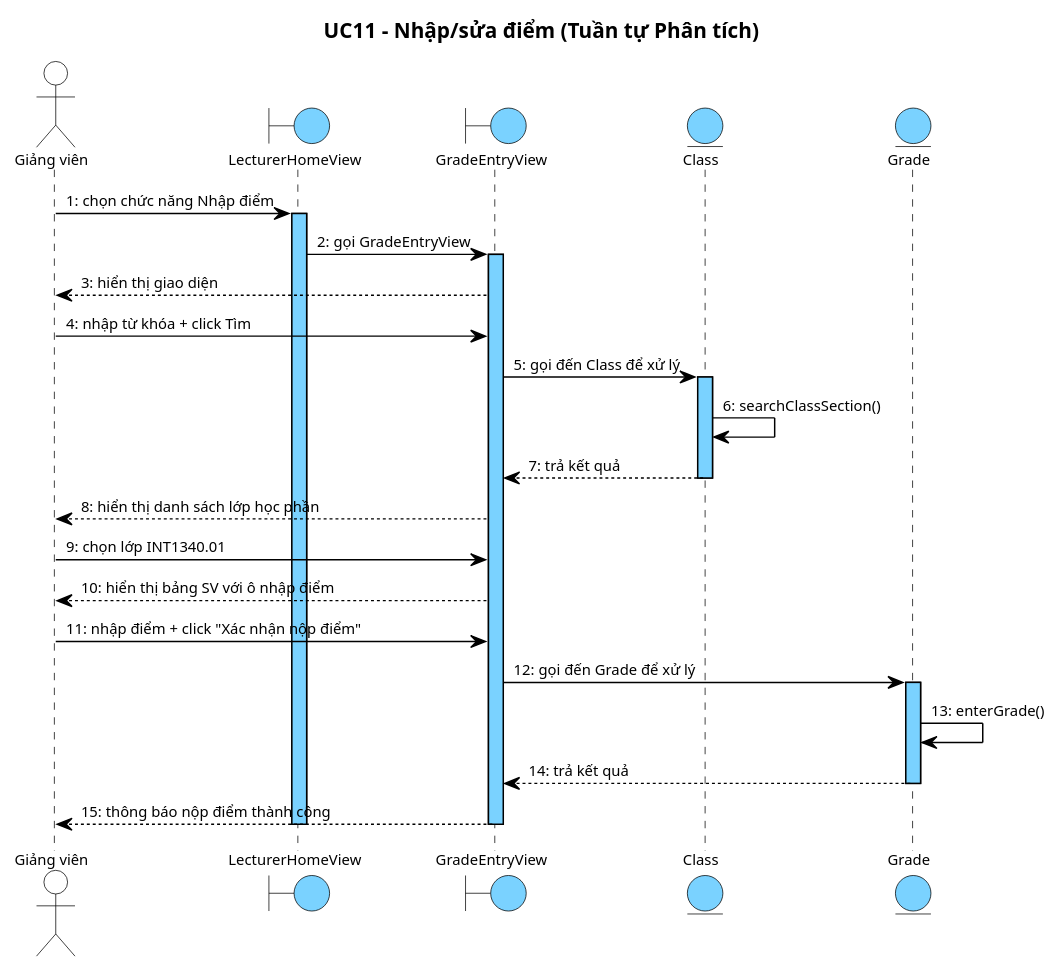
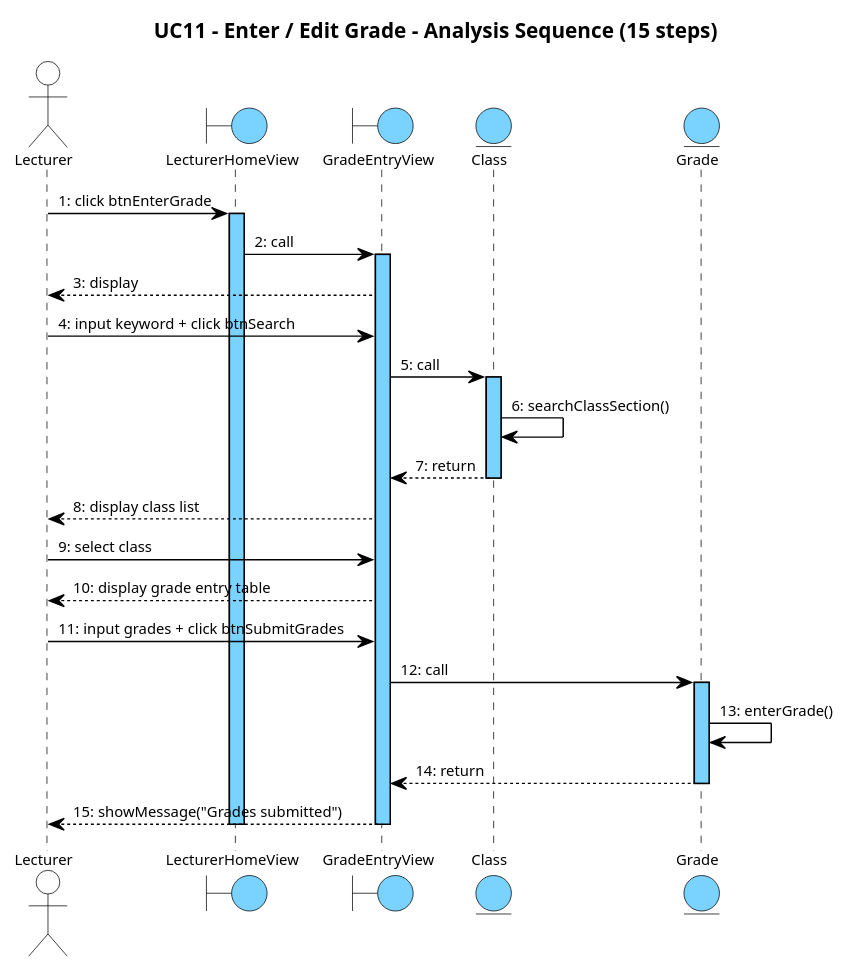
Before and after one commit to thanhtrnnn/universe: diagram 13 of 20 in report/md/module3_attendance_grades.md, drawn with PlantUML. The commit also changed other lines of this file and 27 other files, not shown here.

First line of the commit message:
feat(module3): rewrite II.4+III.4 seq diagrams per updated cnpm skill; sync skill from remote

````diff
--- a/report/md/module3_attendance_grades.md
+++ b/report/md/module3_attendance_grades.md
@@ -784,53 +879,82 @@
 ```plantuml
 @startuml
 skinparam shadowing false
 skinparam SequenceMessageAlign left
 skinparam SequenceLifeLineBackgroundColor #7AD2FF
 skinparam SequenceLifeLineBorderColor #000000
 <style>
 sequenceDiagram {
   Shadowing 0
   RoundCorner 0
   FontName "Arial"
   FontSize 10
   FontColor #000000
-  boundary { BackgroundColor #7AD2FF; LineColor #000000 }
-  entity { BackgroundColor #7AD2FF; LineColor #000000 }
-  actor { BackgroundColor transparent; LineColor #000000 }
-  lifeline { LineColor #000000; LineStyle 5-5 }
-  arrow { LineColor #000000; LineThickness 1; FontSize 10 }
+
+  participant {
+    BackgroundColor #7AD2FF
+    LineColor #000000
+    LineThickness 1
+  }
+
+  actor {
+    BackgroundColor transparent
+    LineColor #000000
+  }
+  boundary {
+    BackgroundColor #7AD2FF
+    LineColor #000000
+  }
+  control {
+    BackgroundColor #7AD2FF
+    LineColor #000000
+  }
+  entity {
+    BackgroundColor #7AD2FF
+    LineColor #000000
+  }
+
+  lifeline {
+    LineColor #000000
+    LineStyle 5-5
+  }
+
+  arrow {
+    LineColor #000000
+    LineThickness 1
+    FontSize 10
+  }
 }
 </style>
-title UC11 – Nhập/sửa điểm (Tuần tự Phân tích)
+title UC11 – Enter / Edit Grade – Analysis Sequence (15 steps)
 
-actor "Giảng viên" as GV
+actor "Lecturer" as Actor
 boundary LecturerHomeView
 boundary GradeEntryView
 entity Class
 entity Grade
 
-GV -> LecturerHomeView : 1: chọn chức năng Nhập điểm
+Actor -> LecturerHomeView : 1: click btnEnterGrade
 activate LecturerHomeView
-LecturerHomeView -> GradeEntryView : 2: gọi GradeEntryView
+LecturerHomeView -> GradeEntryView : 2: call
 activate GradeEntryView
-GradeEntryView --> GV : 3: hiển thị giao diện
-GV -> GradeEntryView : 4: nhập từ khóa + click Tìm
-GradeEntryView -> Class : 5: gọi đến Class để xử lý
+GradeEntryView --> Actor : 3: display
+Actor -> GradeEntryView : 4: input keyword + click btnSearch
+GradeEntryView -> Class : 5: call
 activate Class
 Class -> Class : 6: searchClassSection()
-Class --> GradeEntryView : 7: trả kết quả
+Class --> GradeEntryView : 7: return
 deactivate Class
-GradeEntryView --> GV : 8: hiển thị danh sách lớp học phần
-GV -> GradeEntryView : 9: chọn lớp INT1340.01
-GradeEntryView --> GV : 10: hiển thị bảng SV với ô nhập điểm
-GV -> GradeEntryView : 11: nhập điểm + click "Xác nhận nộp điểm"
-GradeEntryView -> Grade : 12: gọi đến Grade để xử lý
+GradeEntryView --> Actor : 8: display class list
+Actor -> GradeEntryView : 9: select class
+GradeEntryView --> Actor : 10: display grade entry table
+Actor -> GradeEntryView : 11: input grades + click btnSubmitGrades
+GradeEntryView -> Grade : 12: call
 activate Grade
 Grade -> Grade : 13: enterGrade()
-Grade --> GradeEntryView : 14: trả kết quả
+Grade --> GradeEntryView : 14: return
 deactivate Grade
-GradeEntryView --> GV : 15: thông báo nộp điểm thành công
+GradeEntryView --> Actor : 15: showMessage("Grades submitted")
 deactivate GradeEntryView
 deactivate LecturerHomeView
 @enduml
 ```
````
